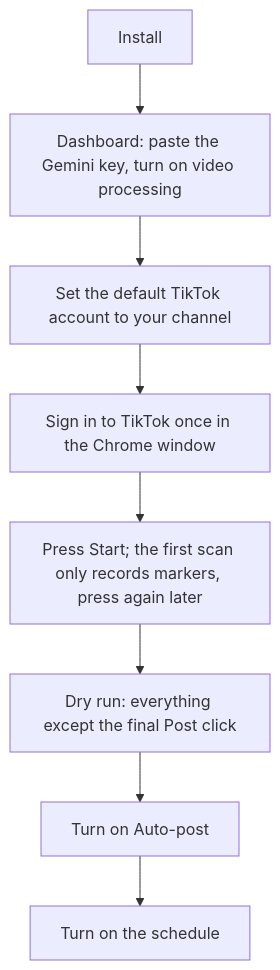
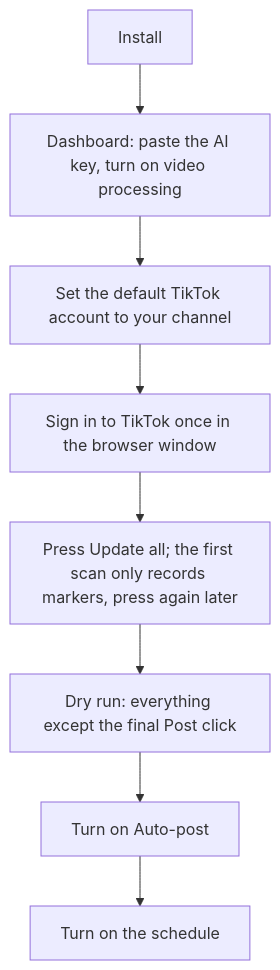
Before and after one commit to Thuy200226/trendvn: the fourth of 4 diagrams in docs/FLOWS.md, drawn with Mermaid. The commit also changed other lines of this file and 12 other files, not shown here.

````diff
--- a/docs/FLOWS.md
+++ b/docs/FLOWS.md
@@ -124,10 +134,10 @@
 ```mermaid
 flowchart TD
-  A["Install"] --> B["Dashboard: paste the Gemini key, turn on video processing"]
+  A["Install"] --> B["Dashboard: paste the AI key, turn on video processing"]
   B --> C["Set the default TikTok account to your channel"]
-  C --> D["Sign in to TikTok once in the Chrome window"]
-  D --> E["Press Start; the first scan only records markers, press again later"]
+  C --> D["Sign in to TikTok once in the browser window"]
+  D --> E["Press Update all; the first scan only records markers, press again later"]
   E --> F["Dry run: everything except the final Post click"]
   F --> G["Turn on Auto-post"]
   G --> H["Turn on the schedule"]
 ```
````
